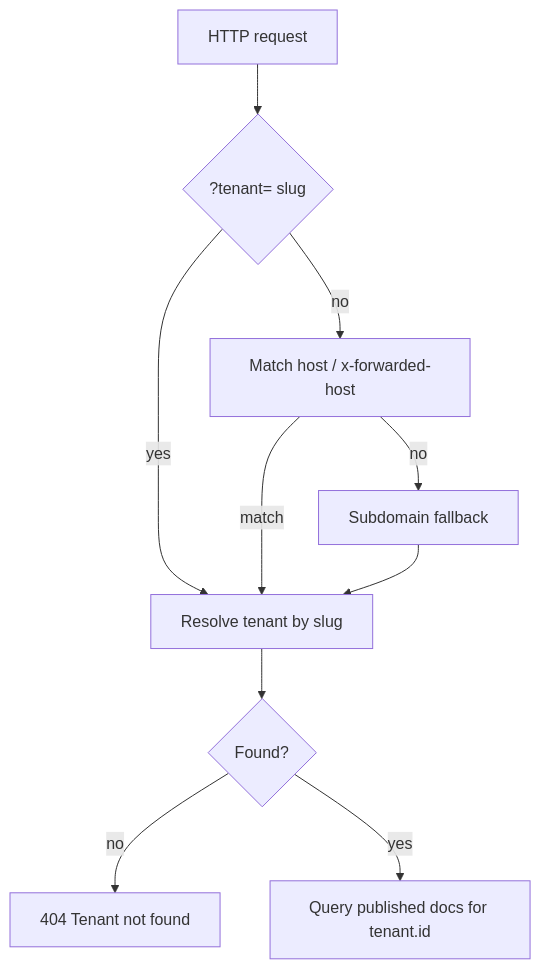
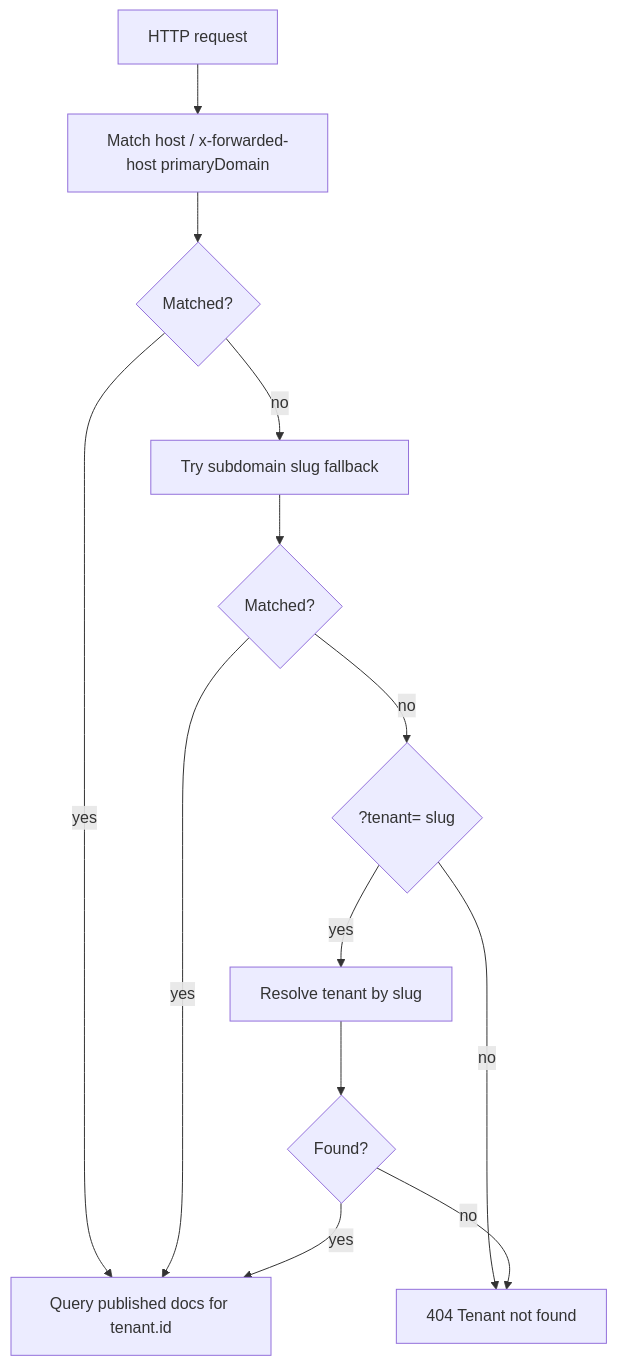
The third of 4 diagrams in docs/guides/architecture/web-studio-living-spec.md (Asymmetric-al/core), drawn with Mermaid before and after one commit. The commit also changed other lines of this file and 15 other files, not shown here.

````diff
--- a/docs/guides/architecture/web-studio-living-spec.md
+++ b/docs/guides/architecture/web-studio-living-spec.md
@@ -416,12 +417,15 @@
 ```mermaid
 flowchart TD
-  A[HTTP request] --> B{?tenant= slug}
-  B -->|yes| C[Resolve tenant by slug]
-  B -->|no| D[Match host / x-forwarded-host]
-  D -->|match| C
-  D -->|no| E[Subdomain fallback]
-  E --> C
-  C --> F{Found?}
-  F -->|no| G[404 Tenant not found]
-  F -->|yes| H[Query published docs for tenant.id]
+  A[HTTP request] --> B[Match host / x-forwarded-host primaryDomain]
+  B --> C{Matched?}
+  C -->|yes| H[Query published docs for tenant.id]
+  C -->|no| D[Try subdomain slug fallback]
+  D --> E{Matched?}
+  E -->|yes| H
+  E -->|no| F{?tenant= slug}
+  F -->|yes| G[Resolve tenant by slug]
+  F -->|no| I[404 Tenant not found]
+  G --> J{Found?}
+  J -->|no| I
+  J -->|yes| H
 ```
````
